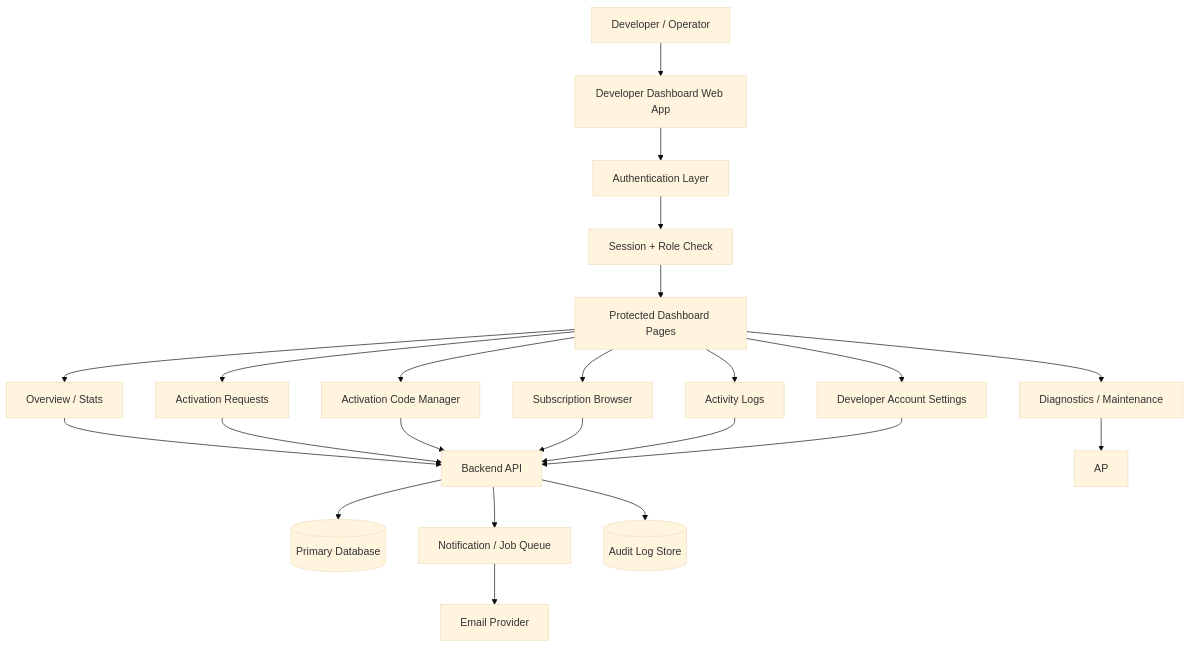
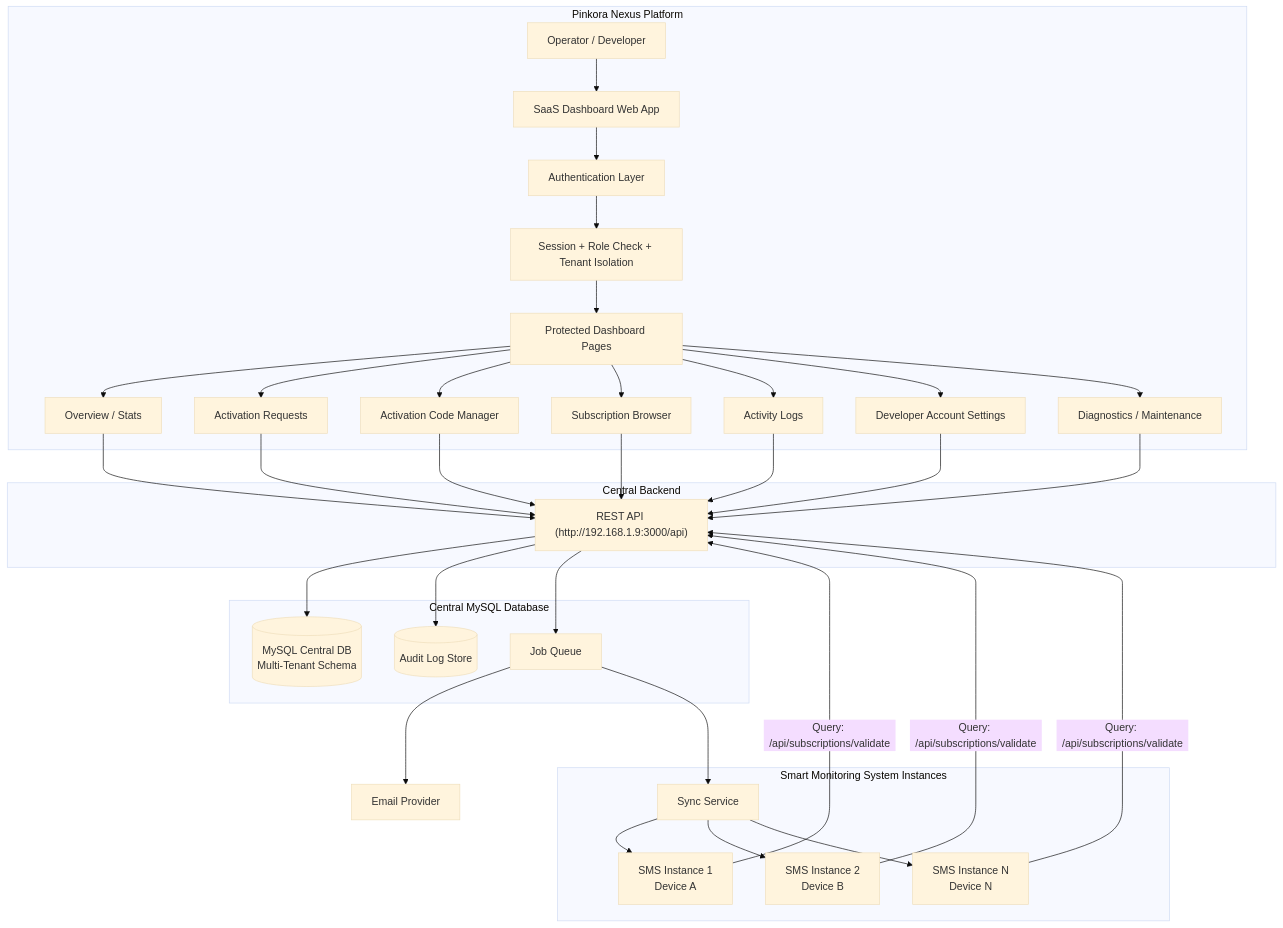
One commit to pinkoradevsolution01/pinkoranexus changed the diagram in DEVELOPER_DASHBOARD_ARCHITECTURE.md. Above: the diagram before and after it, drawn with Mermaid (base theme). The commit also changed other lines of this file, not shown here.

Commit message:
Add developer Dashboard

````diff
--- a/DEVELOPER_DASHBOARD_ARCHITECTURE.md
+++ b/DEVELOPER_DASHBOARD_ARCHITECTURE.md
@@ -32,29 +32,46 @@
 ```mermaid
 flowchart TD
-  U[Developer / Operator] --> W[Developer Dashboard Web App]
+  subgraph "Pinkora Nexus Platform"
+    U[Operator / Developer] --> W[SaaS Dashboard Web App]
+    W --> A[Authentication Layer]
+    A --> S[Session + Role Check + Tenant Isolation]
+    S --> D[Protected Dashboard Pages]
+    D --> O[Overview / Stats]
+    D --> R[Activation Requests]
+    D --> C[Activation Code Manager]
+    D --> SB[Subscription Browser]
+    D --> L[Activity Logs]
+    D --> M[Developer Account Settings]
+    D --> T[Diagnostics / Maintenance]
+  end
 
-  W --> A[Authentication Layer]
-  A --> S[Session + Role Check]
-  S --> D[Protected Dashboard Pages]
+  subgraph "Central Backend"
+    API["REST API (http://192.168.1.9:3000/api)"]
+    O --> API
+    R --> API
+    C --> API
+    SB --> API
+    L --> API
+    M --> API
+    T --> API
+  end
 
-  D --> O[Overview / Stats]
-  D --> R[Activation Requests]
-  D --> C[Activation Code Manager]
-  D --> SB[Subscription Browser]
-  D --> L[Activity Logs]
-  D --> M[Developer Account Settings]
-  D --> T[Diagnostics / Maintenance]
+  subgraph "Central MySQL Database"
+    API --> DB[("MySQL Central DB<br/>Multi-Tenant Schema")]
+    API --> ALog[("Audit Log Store")]
+    API --> Q["Job Queue"] 
+  end
 
-  O --> API[Backend API]
-  R --> API
-  C --> API
-  SB --> API
-  L --> API
-  M --> API
-  T --> AP
+  Q --> E[Email Provider]
+  Q --> SYNC["Sync Service"]
 
-  API --> DB[(Primary Database)]
-  API --> Q[Notification / Job Queue]
-  Q --> E[Email Provider]
-  API --> ALog[(Audit Log Store)]
+  subgraph "Smart Monitoring System Instances"
+    SYNC --> SMS1["SMS Instance 1<br/>Device A"]
+    SYNC --> SMS2["SMS Instance 2<br/>Device B"]
+    SYNC --> SMS3["SMS Instance N<br/>Device N"]
+  end
+
+  SMS1 -->|"Query: /api/subscriptions/validate"| API
+  SMS2 -->|"Query: /api/subscriptions/validate"| API
+  SMS3 -->|"Query: /api/subscriptions/validate"| API
 ```
````
